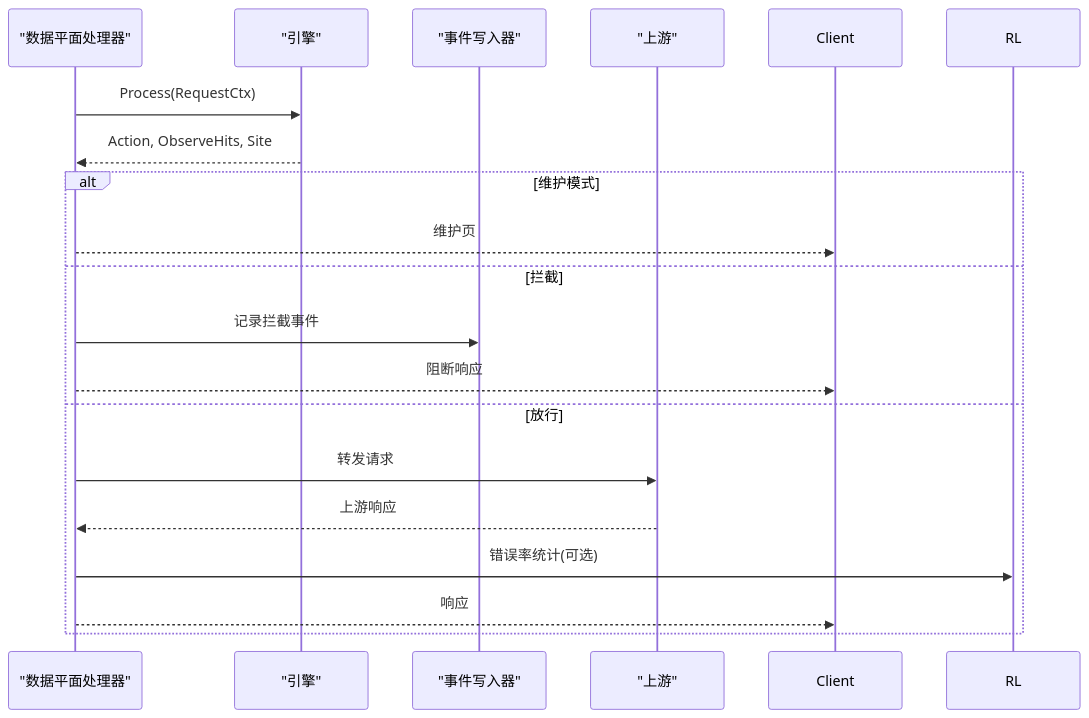
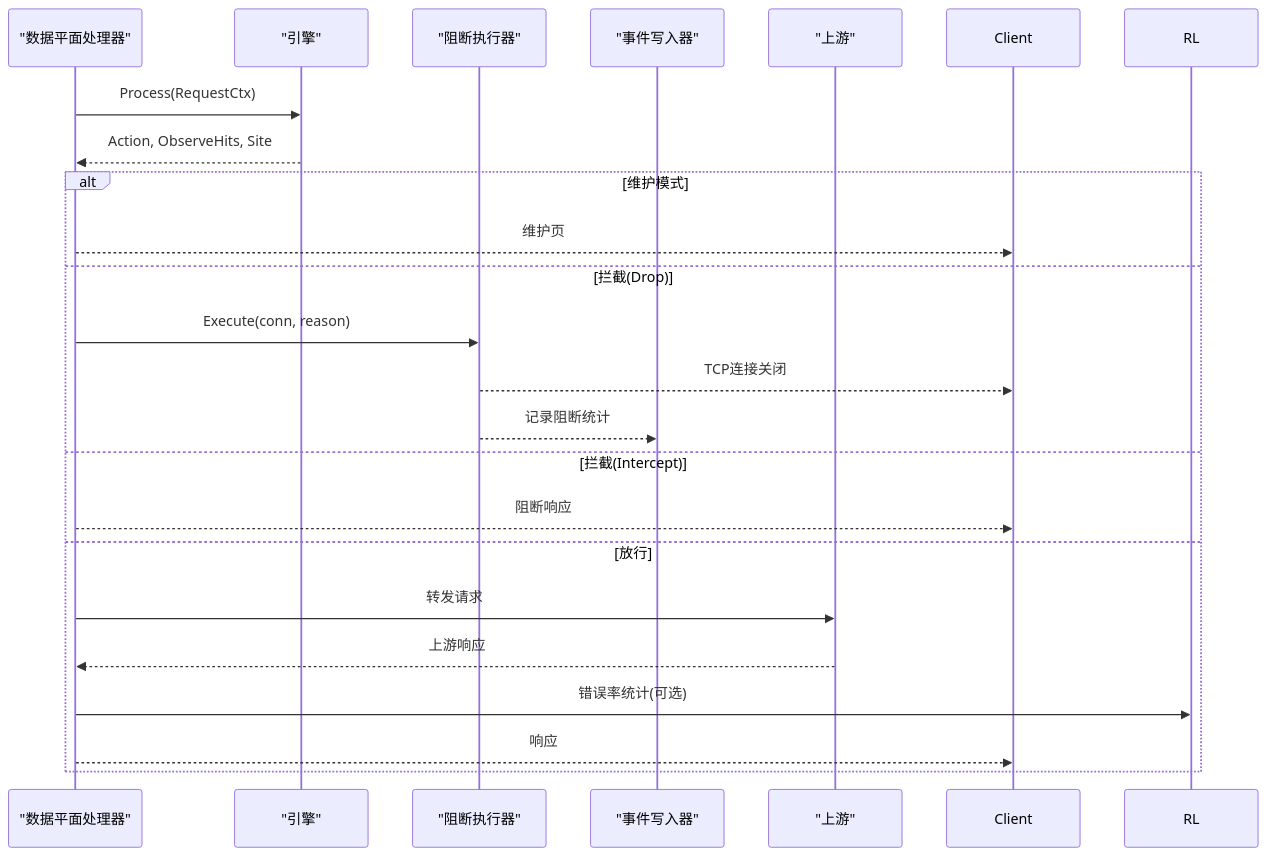
Before and after one commit to x01n/My-OpenWaf: diagram 11 of 12 in docs/WAF 引擎系统/引擎核心架构.md, drawn with Mermaid. The commit also changed other lines of this file and 51 other files, not shown here.

````diff
--- a/docs/WAF 引擎系统/引擎核心架构.md
+++ b/docs/WAF 引擎系统/引擎核心架构.md
@@ -344,20 +555,24 @@
 ```mermaid
 sequenceDiagram
 participant DP as "数据平面处理器"
 participant Eng as "引擎"
+participant DE as "阻断执行器"
 participant Ev as "事件写入器"
 participant Up as "上游"
 DP->>Eng : Process(RequestCtx)
 Eng-->>DP : Action, ObserveHits, Site
 alt 维护模式
 DP-->>Client : 维护页
-else 拦截
-DP->>Ev : 记录拦截事件
+else 拦截(Drop)
+DP->>DE : Execute(conn, reason)
+DE-->>Client : TCP连接关闭
+DE-->>Ev : 记录阻断统计
+else 拦截(Intercept)
 DP-->>Client : 阻断响应
 else 放行
 DP->>Up : 转发请求
 Up-->>DP : 上游响应
 DP->>RL : 错误率统计(可选)
 DP-->>Client : 响应
 end
 ```
````
